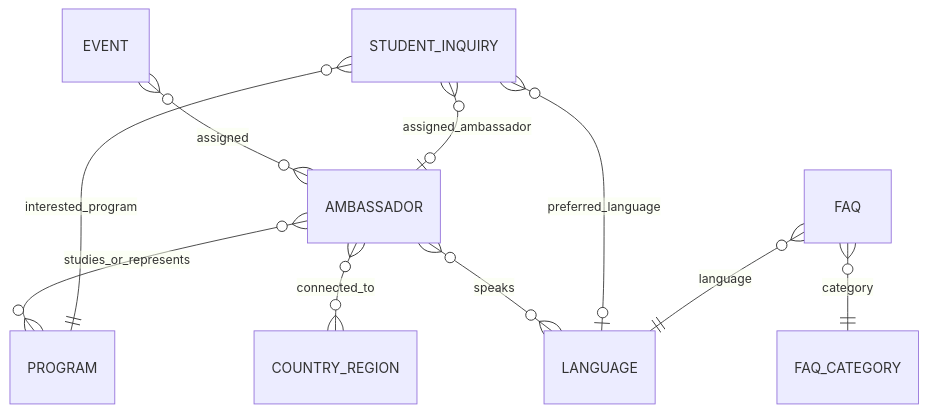
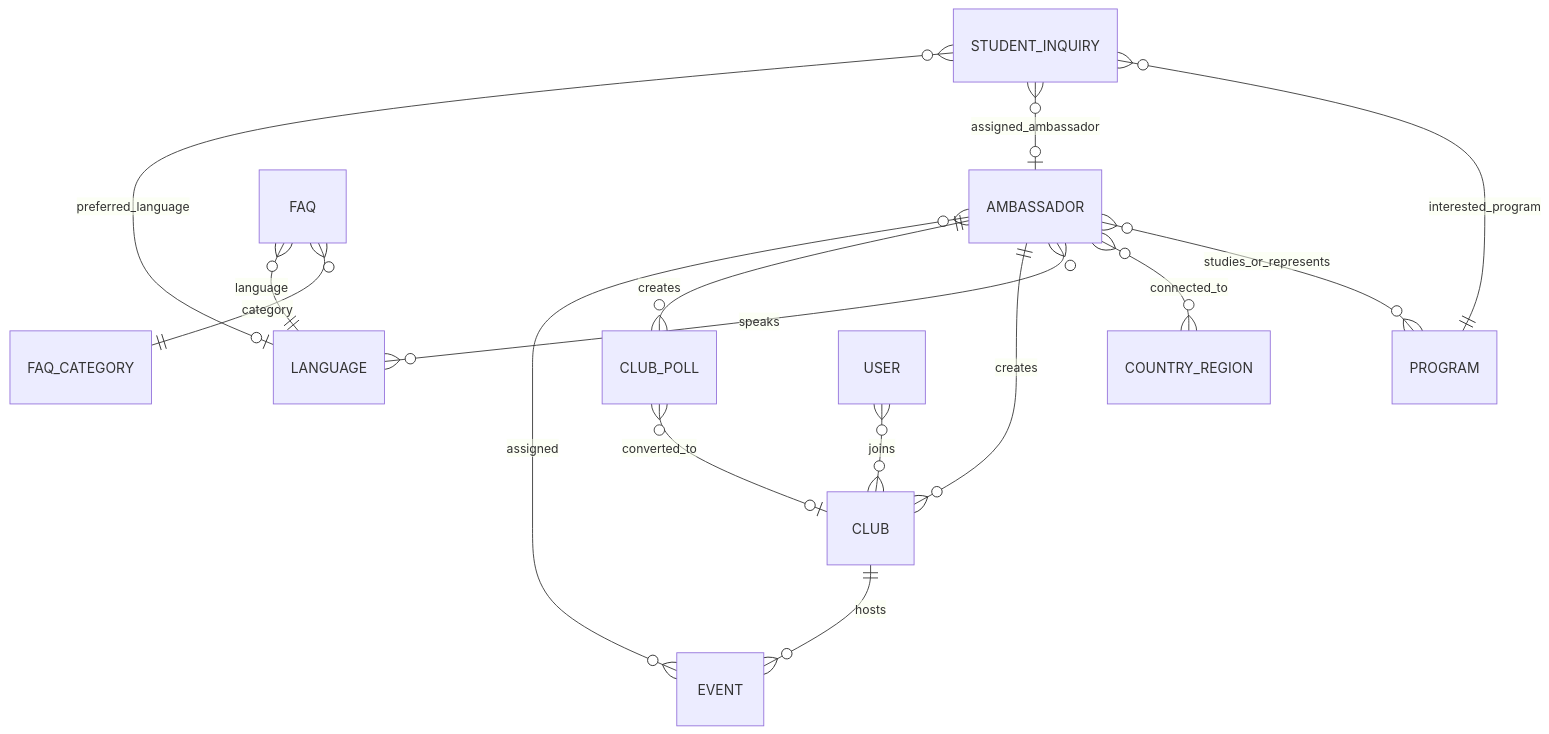
The diagram in docs/er-model.md (WeebPapi/srh-ambassador-strapi), drawn with Mermaid before and after one commit. The commit also changed other lines of this file and 30 other files, not shown here.

Commit message:
Add club polls, ambassador dashboard, and bilingual demo

````diff
--- a/docs/er-model.md
+++ b/docs/er-model.md
@@ -3,12 +3,17 @@
 ```mermaid
 erDiagram
   AMBASSADOR }o--o{ PROGRAM : studies_or_represents
   AMBASSADOR }o--o{ COUNTRY_REGION : connected_to
   AMBASSADOR }o--o{ LANGUAGE : speaks
   EVENT }o--o{ AMBASSADOR : assigned
+  CLUB ||--o{ EVENT : hosts
+  AMBASSADOR ||--o{ CLUB : creates
+  AMBASSADOR ||--o{ CLUB_POLL : creates
+  CLUB_POLL }o--o| CLUB : converted_to
+  USER }o--o{ CLUB : joins
   STUDENT_INQUIRY }o--|| PROGRAM : interested_program
   STUDENT_INQUIRY }o--o| AMBASSADOR : assigned_ambassador
   STUDENT_INQUIRY }o--o| LANGUAGE : preferred_language
   FAQ }o--|| FAQ_CATEGORY : category
   FAQ }o--|| LANGUAGE : language
 ```
````
